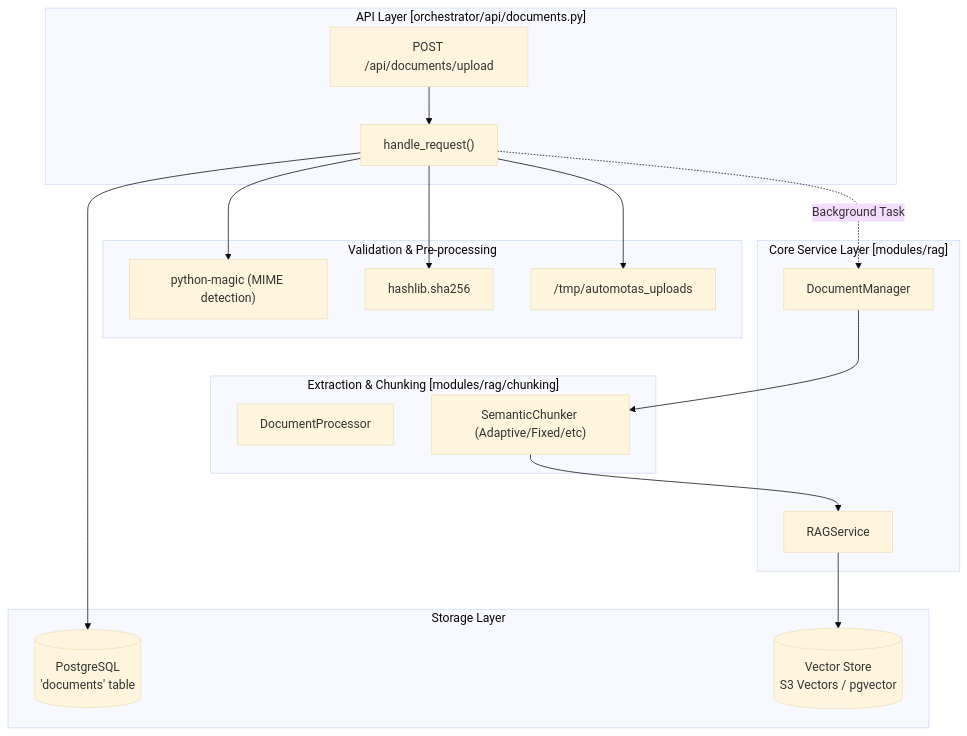
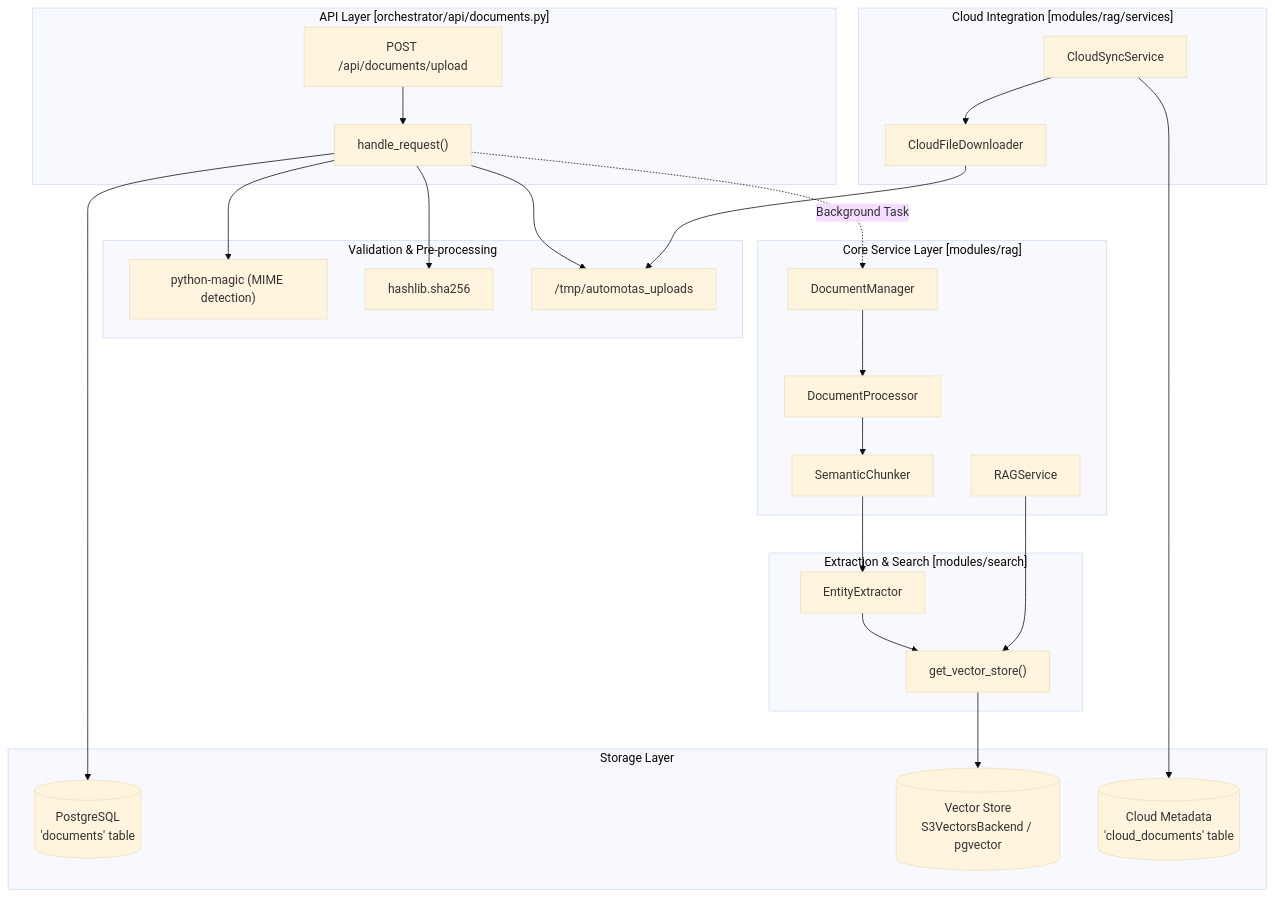
Before and after one commit to AutomatosAI/automatos-ai: the first of 2 diagrams in docs/knowledge-base-rag/documents-api-reference.md, drawn with Mermaid (base theme). The commit also changed other lines of this file and 153 other files, not shown here.

````diff
--- a/docs/knowledge-base-rag/documents-api-reference.md
+++ b/docs/knowledge-base-rag/documents-api-reference.md
@@ -39,38 +50,52 @@
 ```mermaid
 graph TB
     subgraph "API Layer [orchestrator/api/documents.py]"
         Req["POST /api/documents/upload"]
         Hdl["handle_request()"]
     end
 
     subgraph "Validation & Pre-processing"
         Magic["python-magic (MIME detection)"]
         Hash["hashlib.sha256"]
         Tmp["/tmp/automotas_uploads"]
     end
 
     subgraph "Core Service Layer [modules/rag]"
         DM["DocumentManager"]
-        RAGS["RAGService"]
+        DP["DocumentProcessor"]
+        SC["SemanticChunker"]
+        RS["RAGService"]
     end
 
-    subgraph "Extraction & Chunking [modules/rag/chunking]"
-        Ext["DocumentProcessor"]
-        SC["SemanticChunker (Adaptive/Fixed/etc)"]
+    subgraph "Cloud Integration [modules/rag/services]"
+        CSYNC["CloudSyncService"]
+        CDL["CloudFileDownloader"]
+    end
+
+    subgraph "Extraction & Search [modules/search]"
+        EE["EntityExtractor"]
+        VS["get_vector_store()"]
     end
 
     subgraph "Storage Layer"
         DB[("PostgreSQL<br/>'documents' table")]
-        Vec[("Vector Store<br/>S3 Vectors / pgvector")]
+        Vec[("Vector Store<br/>S3VectorsBackend / pgvector")]
+        CloudDB[("Cloud Metadata<br/>'cloud_documents' table")]
     end
 
     Req --> Hdl
     Hdl --> Magic
     Hdl --> Hash
     Hdl --> Tmp
     Hdl --> DB
     Hdl -.->|"Background Task"| DM
-    DM --> SC
-    SC --> RAGS
-    RAGS --> Vec
+    CSYNC --> CDL
+    CDL --> Tmp
+    DM --> DP
+    DP --> SC
+    SC --> EE
+    EE --> VS
+    VS --> Vec
+    CSYNC --> CloudDB
+    RS --> VS
 ```
````
